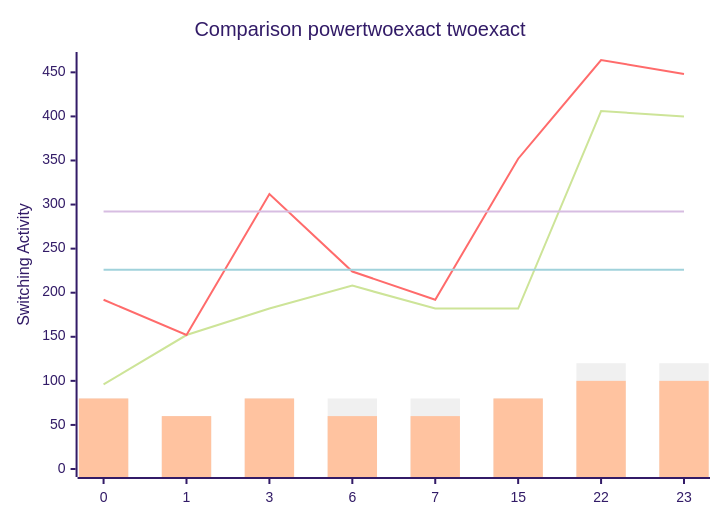
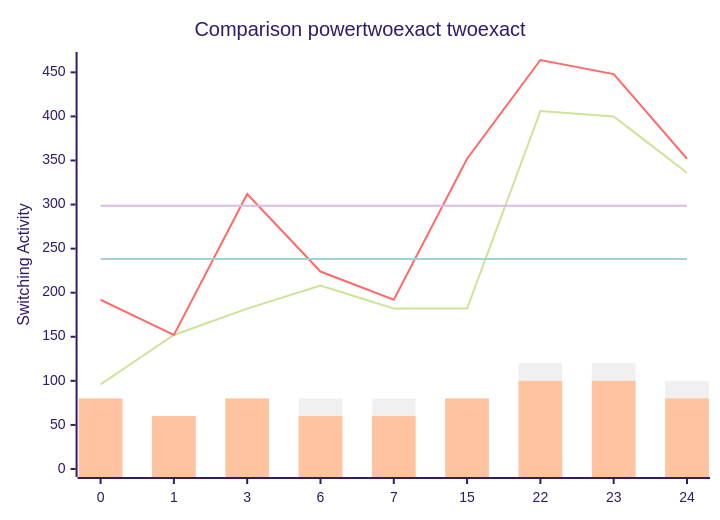
Before and after one commit to FeldmeierMichael/Exact-Power-Synthesis: the diagram in benchmark.md, drawn with Mermaid (forest theme). The commit also changed other lines of this file and 2 other files, not shown here.

````diff
--- a/benchmark.md
+++ b/benchmark.md
@@ -21,12 +23,12 @@
 ```mermaid
 xychart-beta
     title "Comparison powertwoexact twoexact"
-    x-axis [0, 1, 3, 6, 7, 15, 22, 23]
+    x-axis [0, 1, 3, 6, 7, 15, 22, 23, 24]
     y-axis "Switching Activity" 0-->464
-    line [96, 152, 182, 208, 182, 182, 406, 400]
-    line [192, 152, 312, 224, 192, 352, 464, 448]
-    line [226.0, 226.0, 226.0, 226.0, 226.0, 226.0, 226.0, 226.0]
-    line [292.0, 292.0, 292.0, 292.0, 292.0, 292.0, 292.0, 292.0]
-    bar [80, 60, 80, 80, 80, 80, 120, 120]
-    bar [80, 60, 80, 60, 60, 80, 100, 100]
+    line [96, 152, 182, 208, 182, 182, 406, 400, 336]
+    line [192, 152, 312, 224, 192, 352, 464, 448, 352]
+    line [238.22222222222223, 238.22222222222223, 238.22222222222223, 238.22222222222223, 238.22222222222223, 238.22222222222223, 238.22222222222223, 238.22222222222223, 238.22222222222223]
+    line [298.6666666666667, 298.6666666666667, 298.6666666666667, 298.6666666666667, 298.6666666666667, 298.6666666666667, 298.6666666666667, 298.6666666666667, 298.6666666666667]
+    bar [80, 60, 80, 80, 80, 80, 120, 120, 100]
+    bar [80, 60, 80, 60, 60, 80, 100, 100, 80]
 ```
````
